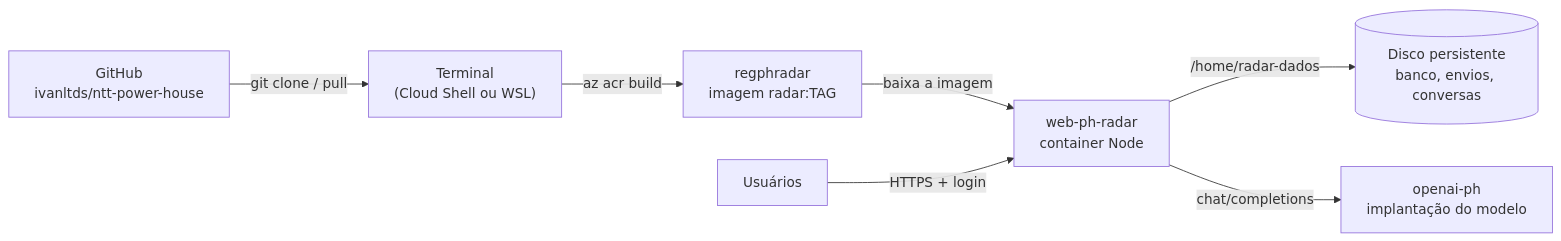
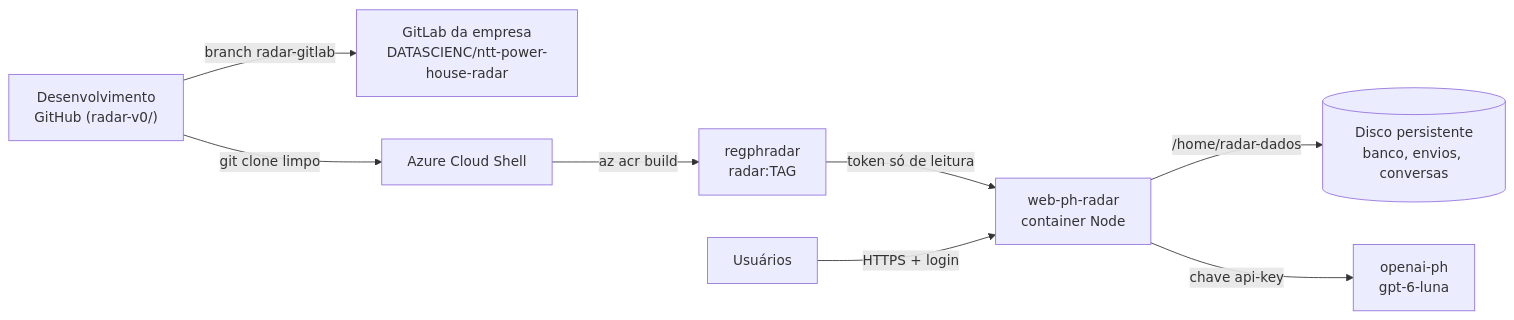
One commit to ivanltds/ntt-power-house changed the diagram in docs/DEPLOY-AZURE.md. Above: the diagram before and after it, drawn with Mermaid. The commit also changed other lines of this file and 9 other files, not shown here.

First line of the commit message:
Radar: textos e documentação com Azure OpenAI, .dockerignore fechado e guia de deploy revisado

````diff
--- a/docs/DEPLOY-AZURE.md
+++ b/docs/DEPLOY-AZURE.md
@@ -12,9 +14,10 @@
 ```mermaid
 flowchart LR
-  GH["GitHub<br/>ivanltds/ntt-power-house"] -->|git clone / pull| SH["Terminal<br/>(Cloud Shell ou WSL)"]
-  SH -->|az acr build| ACR["regphradar<br/>imagem radar:TAG"]
-  ACR -->|baixa a imagem| APP["web-ph-radar<br/>container Node"]
+  DEV["Desenvolvimento<br/>GitHub (radar-v0/)"] -->|branch radar-gitlab| GL["GitLab da empresa<br/>DATASCIENC/ntt-power-house-radar"]
+  DEV -->|git clone limpo| SH["Azure Cloud Shell"]
+  SH -->|az acr build| ACR["regphradar<br/>radar:TAG"]
+  ACR -->|token só de leitura| APP["web-ph-radar<br/>container Node"]
   APP -->|/home/radar-dados| HOME[("Disco persistente<br/>banco, envios, conversas")]
-  APP -->|chat/completions| AOAI["openai-ph<br/>implantação do modelo"]
+  APP -->|chave api-key| AOAI["openai-ph<br/>gpt-6-luna"]
   U["Usuários"] -->|HTTPS + login| APP
 ```
````
